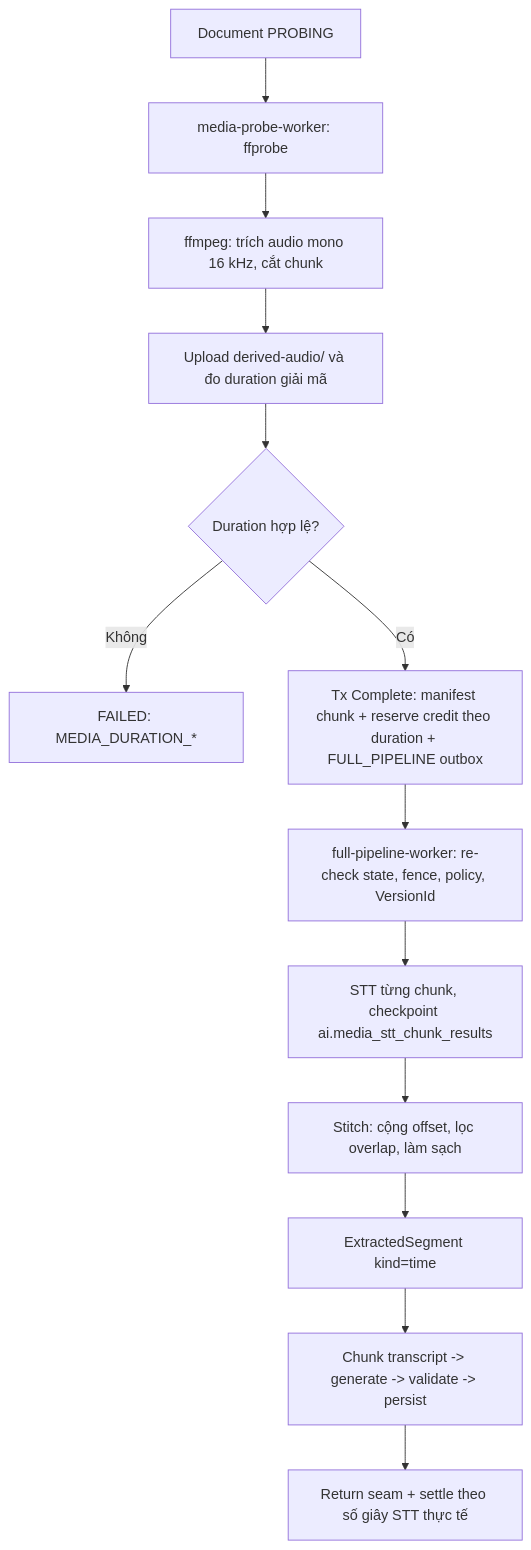
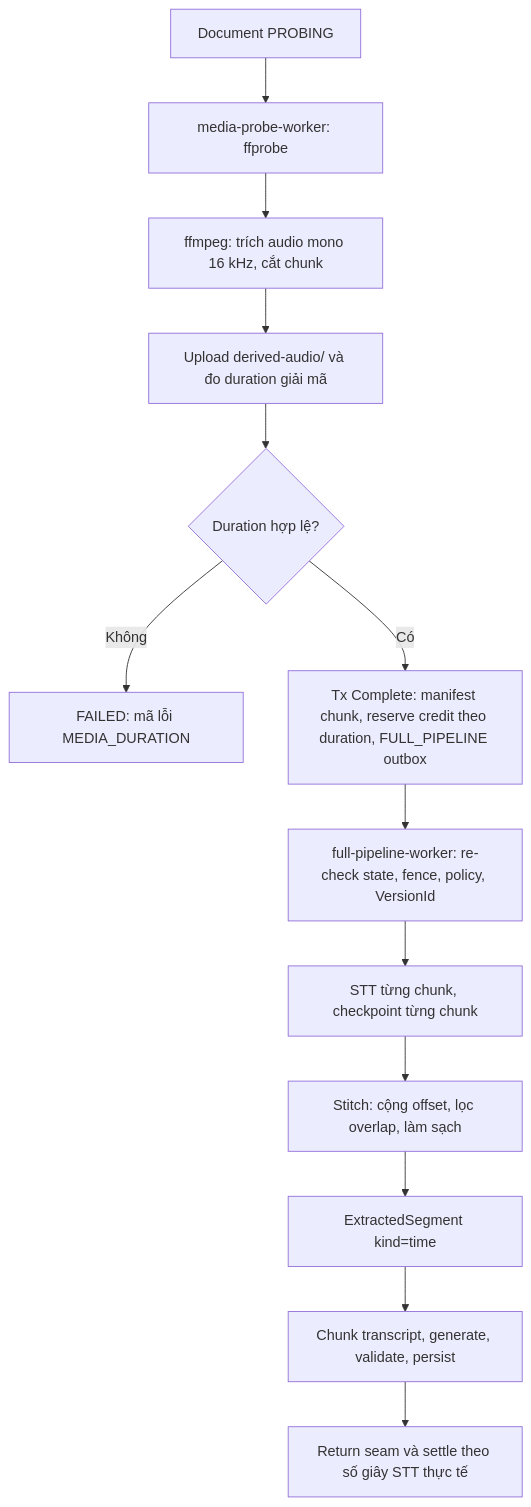
The diagram in docs/adr/0032-stt-cho-media-va-citation-thoi-gian.md (SiroBaby/LearningPlatform), drawn with Mermaid before and after one commit. The commit also changed other lines of this file, not shown here.

````diff
--- a/docs/adr/0032-stt-cho-media-va-citation-thoi-gian.md
+++ b/docs/adr/0032-stt-cho-media-va-citation-thoi-gian.md
@@ -244,15 +287,15 @@
 ```mermaid
 flowchart TD
-    A[Document PROBING] --> B[media-probe-worker: ffprobe]
-    B --> C[ffmpeg: trích audio mono 16 kHz, cắt chunk]
-    C --> D[Upload derived-audio/ và đo duration giải mã]
-    D --> E{Duration hợp lệ?}
-    E -->|Không| F[FAILED: MEDIA_DURATION_*]
-    E -->|Có| G[Tx Complete: manifest chunk + reserve credit theo duration + FULL_PIPELINE outbox]
-    G --> H[full-pipeline-worker: re-check state, fence, policy, VersionId]
-    H --> I[STT từng chunk, checkpoint ai.media_stt_chunk_results]
-    I --> J[Stitch: cộng offset, lọc overlap, làm sạch]
-    J --> K[ExtractedSegment kind=time]
-    K --> L[Chunk transcript -> generate -> validate -> persist]
-    L --> M[Return seam + settle theo số giây STT thực tế]
+    A["Document PROBING"] --> B["media-probe-worker: ffprobe"]
+    B --> C["ffmpeg: trích audio mono 16 kHz, cắt chunk"]
+    C --> D["Upload derived-audio/ và đo duration giải mã"]
+    D --> E{"Duration hợp lệ?"}
+    E -->|Không| F["FAILED: mã lỗi MEDIA_DURATION"]
+    E -->|Có| G["Tx Complete: manifest chunk, reserve credit theo duration, FULL_PIPELINE outbox"]
+    G --> H["full-pipeline-worker: re-check state, fence, policy, VersionId"]
+    H --> I["STT từng chunk, checkpoint từng chunk"]
+    I --> J["Stitch: cộng offset, lọc overlap, làm sạch"]
+    J --> K["ExtractedSegment kind=time"]
+    K --> L["Chunk transcript, generate, validate, persist"]
+    L --> M["Return seam và settle theo số giây STT thực tế"]
 ```
````
